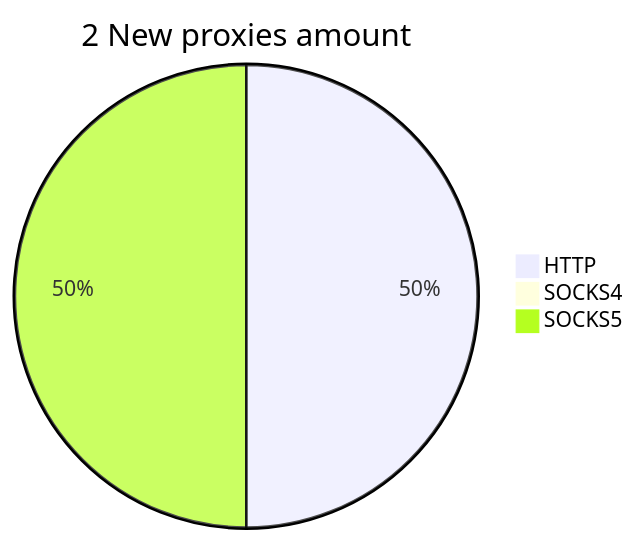
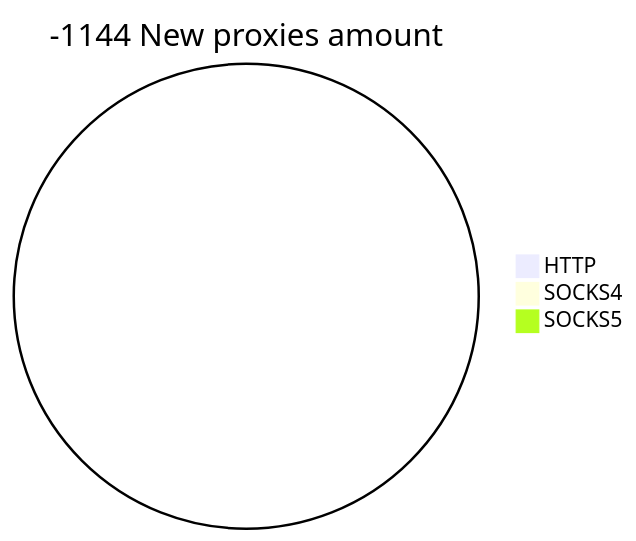
Before and after one commit to cutipu/proxylist: the second of 2 diagrams in README.md, drawn with Mermaid. The commit also changed other lines of this file, not shown here.

````diff
--- a/README.md
+++ b/README.md
@@ -10,6 +10,6 @@
 ```mermaid
-pie title 2 New proxies amount
-    "HTTP" : 1
+pie title -1144 New proxies amount
+    "HTTP" : 0
     "SOCKS4" : 0
-    "SOCKS5" : 1
+    "SOCKS5" : 0
 ```
````
